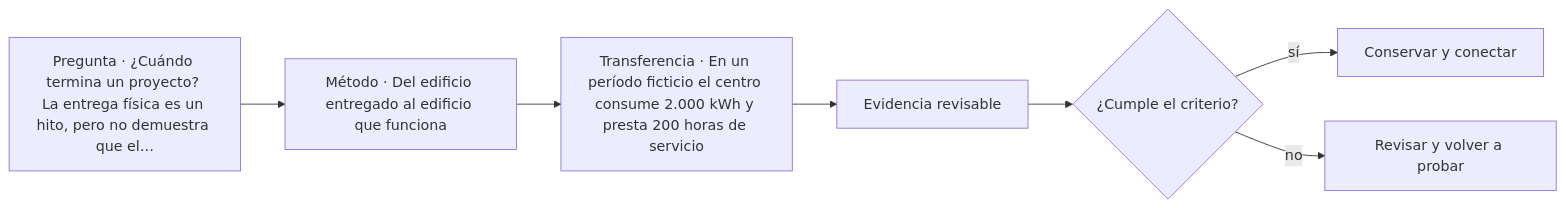
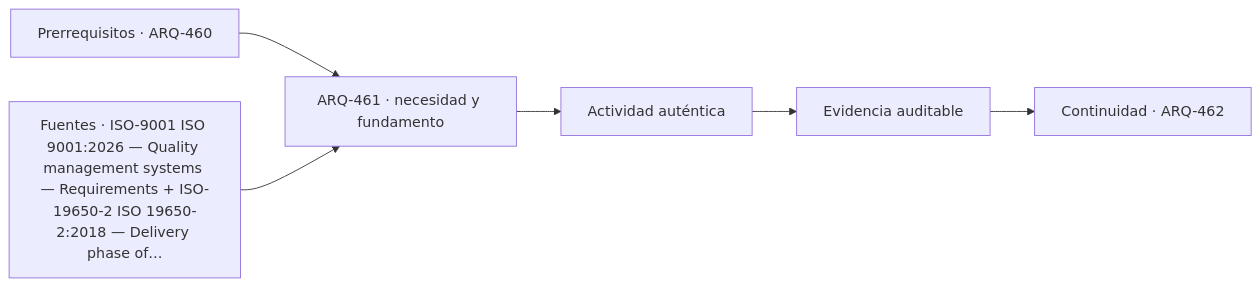
One commit to vladimiracunadev-create/architecture-built-environment-learning-program changed the diagram in classes/parte-47/ARQ-461.md. Above: the diagram before and after it, drawn with Mermaid. The commit also changed other lines of this file and 761 other files, not shown here.

````diff
--- a/classes/parte-47/ARQ-461.md
+++ b/classes/parte-47/ARQ-461.md
@@ -118,9 +130,8 @@
 ```mermaid
 flowchart LR
-    Q["Pregunta · ¿Cuándo termina un proyecto? La entrega física es un hito, pero no demuestra que el…"] --> M["Método · Del edificio entregado al edificio que funciona"]
-    M --> P["Transferencia · En un período ficticio el centro consume 2.000 kWh y presta 200 horas de servicio"]
-    P --> E["Evidencia revisable"]
-    E --> C{"¿Cumple el criterio?"}
-    C -->|sí| T["Conservar y conectar"]
-    C -->|no| R["Revisar y volver a probar"]
+    A["Prerrequisitos · ARQ-460"] --> B["ARQ-461 · necesidad y fundamento"]
+    S["Fuentes · ISO-9001 ISO 9001:2026 — Quality management systems — Requirements + ISO-19650-2 ISO 19650-2:2018 — Delivery phase of…"] --> B
+    B --> C["Actividad auténtica"]
+    C --> D["Evidencia auditable"]
+    D --> E["Continuidad · ARQ-462"]
 ```
````
